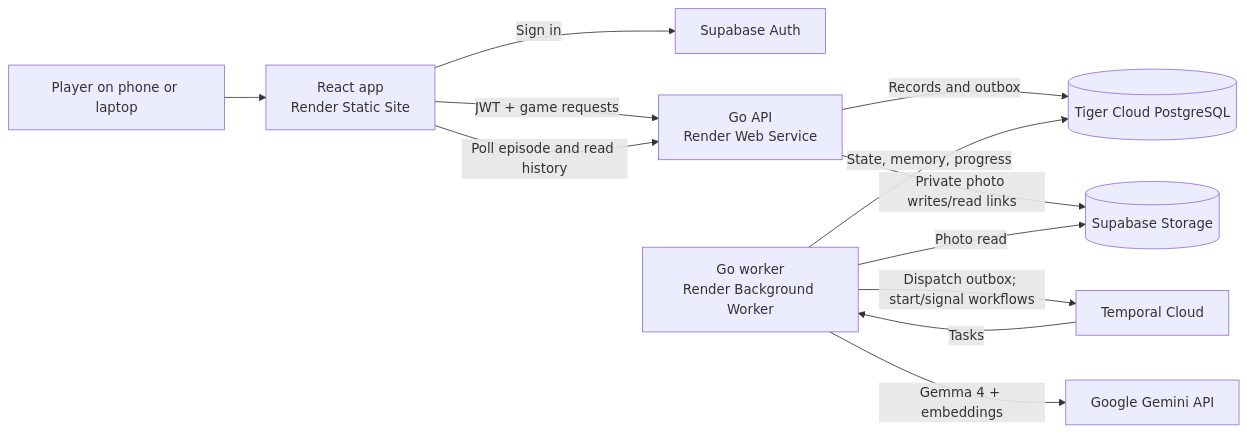
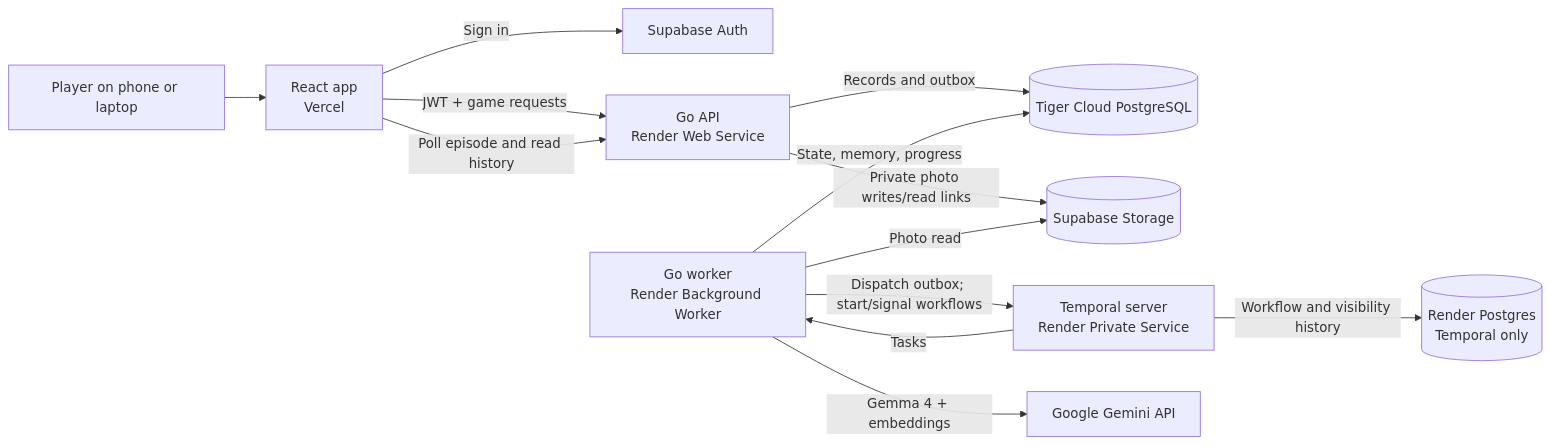
One commit to amh1k/mythborn changed the first of 3 diagrams in ARCHITECTURE.md. Above: the diagram before and after it, drawn with Mermaid. The commit also changed other lines of this file and 7 other files, not shown here.

Commit message:
feat(deploy): self-host Temporal on Render with PostgreSQL

````diff
--- a/ARCHITECTURE.md
+++ b/ARCHITECTURE.md
@@ -11,14 +11,15 @@
 ```mermaid
 flowchart LR
-    P[Player on phone or laptop] --> W[React app<br/>Render Static Site]
+    P[Player on phone or laptop] --> W[React app<br/>Vercel]
     W -->|Sign in| A[Supabase Auth]
     W -->|JWT + game requests| H[Go API<br/>Render Web Service]
     H -->|Records and outbox| D[(Tiger Cloud PostgreSQL)]
     H -->|Private photo writes/read links| S[(Supabase Storage)]
-    K -->|Dispatch outbox; start/signal workflows| T[Temporal Cloud]
+    K -->|Dispatch outbox; start/signal workflows| T[Temporal server<br/>Render Private Service]
+    T -->|Workflow and visibility history| TD[(Render Postgres<br/>Temporal only)]
     T -->|Tasks| K[Go worker<br/>Render Background Worker]
     K -->|State, memory, progress| D
     K -->|Photo read| S
     K -->|Gemma 4 + embeddings| G[Google Gemini API]
     W -->|Poll episode and read history| H
 ```
````
